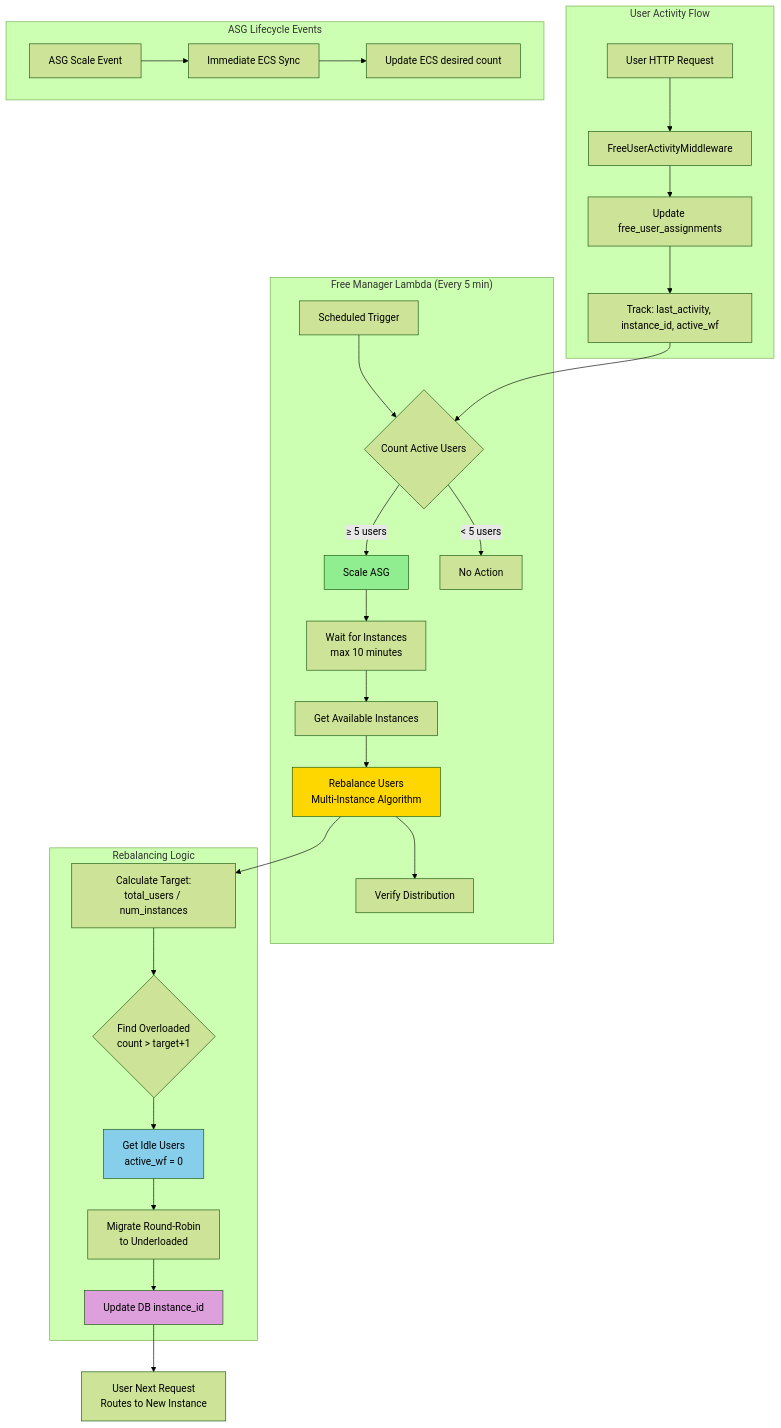
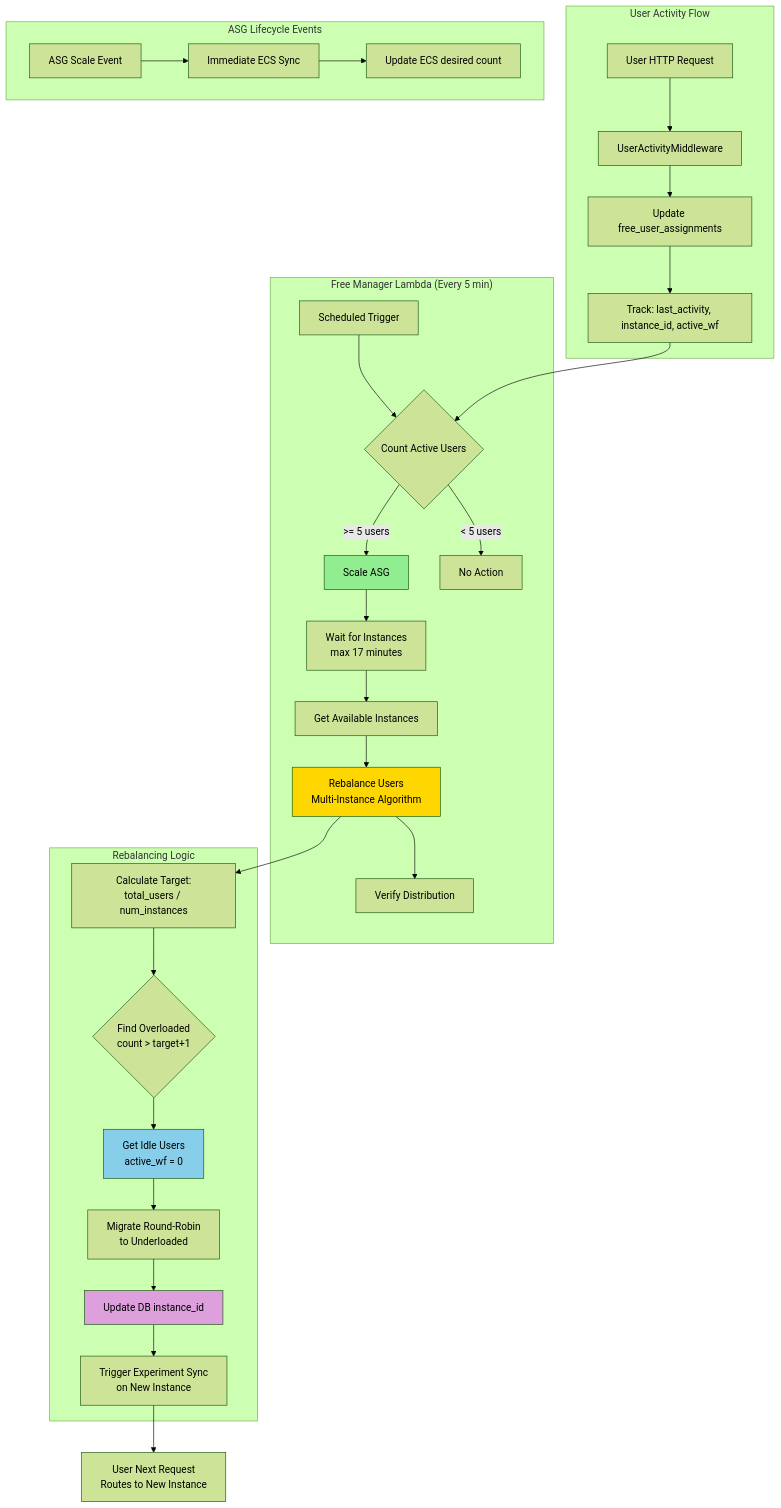
Before and after one commit to arayabrain/araya-optinist: the first of 4 diagrams in infrastructure/documentation/FREE_MANAGER_ARCHITECTURE.md, drawn with Mermaid (forest theme). The commit also changed other lines of this file and 11 other files, not shown here.

````diff
--- a/infrastructure/documentation/FREE_MANAGER_ARCHITECTURE.md
+++ b/infrastructure/documentation/FREE_MANAGER_ARCHITECTURE.md
@@ -36,40 +43,41 @@
 ```mermaid
 graph TB
     subgraph "User Activity Flow"
-        A[User HTTP Request] --> B[FreeUserActivityMiddleware]
+        A[User HTTP Request] --> B[UserActivityMiddleware]
         B --> C[Update free_user_assignments]
         C --> D[Track: last_activity, instance_id, active_wf]
     end
 
     subgraph "Free Manager Lambda (Every 5 min)"
         E[Scheduled Trigger] --> F{Count Active Users}
-        F -->|≥ 5 users| G[Scale ASG]
+        F -->|>= 5 users| G[Scale ASG]
         F -->|< 5 users| H[No Action]
 
-        G --> I[Wait for Instances<br/>max 10 minutes]
+        G --> I[Wait for Instances<br/>max 17 minutes]
         I --> J[Get Available Instances]
         J --> K[Rebalance Users<br/>Multi-Instance Algorithm]
         K --> L[Verify Distribution]
     end
 
     subgraph "ASG Lifecycle Events"
         M[ASG Scale Event] --> N[Immediate ECS Sync]
         N --> O[Update ECS desired count]
     end
 
     subgraph "Rebalancing Logic"
         K --> P[Calculate Target:<br/>total_users / num_instances]
         P --> Q{Find Overloaded<br/>count > target+1}
         Q --> R[Get Idle Users<br/>active_wf = 0]
         R --> S[Migrate Round-Robin<br/>to Underloaded]
         S --> T[Update DB instance_id]
+        T --> V[Trigger Experiment Sync<br/>on New Instance]
     end
 
     D --> F
-    T --> U[User Next Request<br/>Routes to New Instance]
+    V --> U[User Next Request<br/>Routes to New Instance]
 
     style G fill:#90EE90
     style K fill:#FFD700
     style R fill:#87CEEB
     style T fill:#DDA0DD
 ```
````
